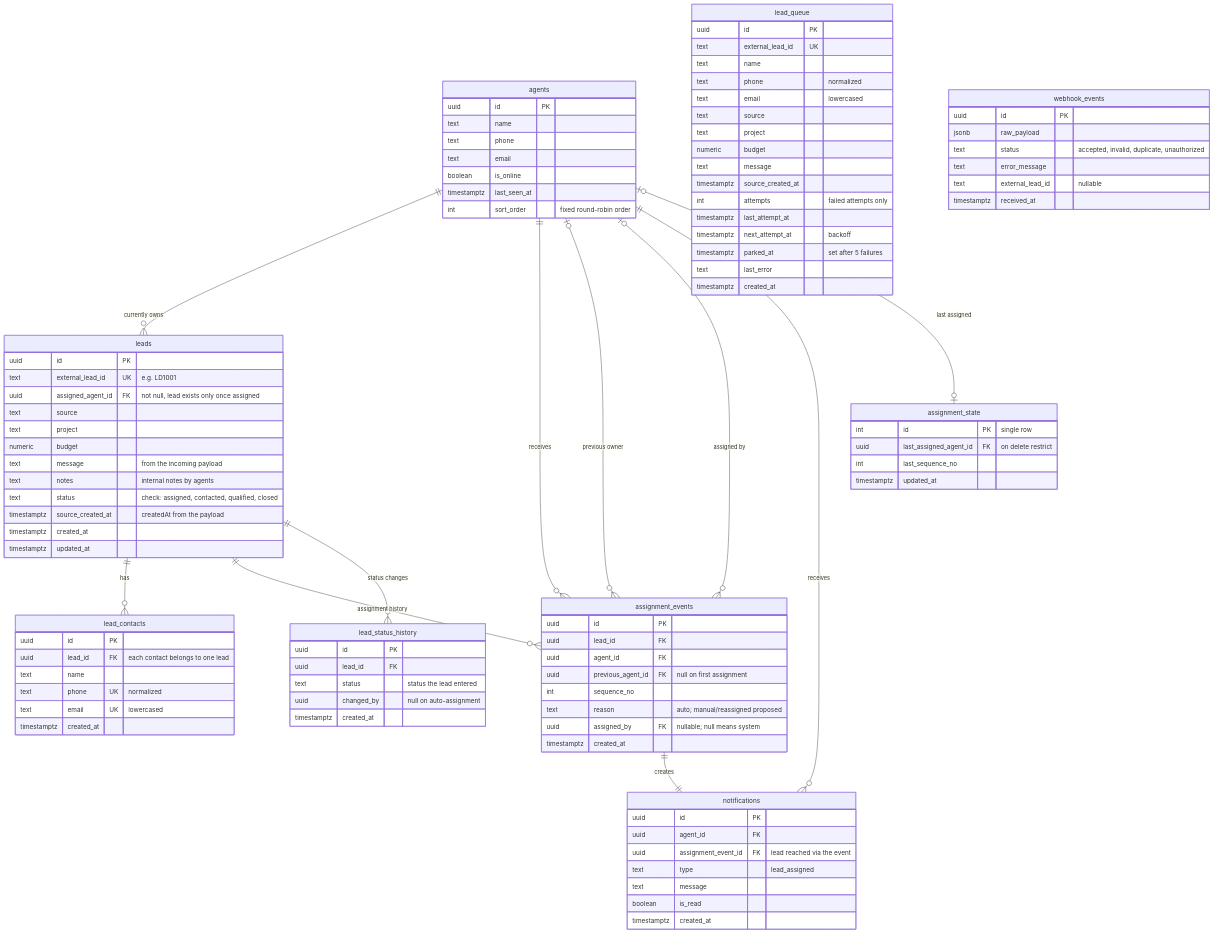
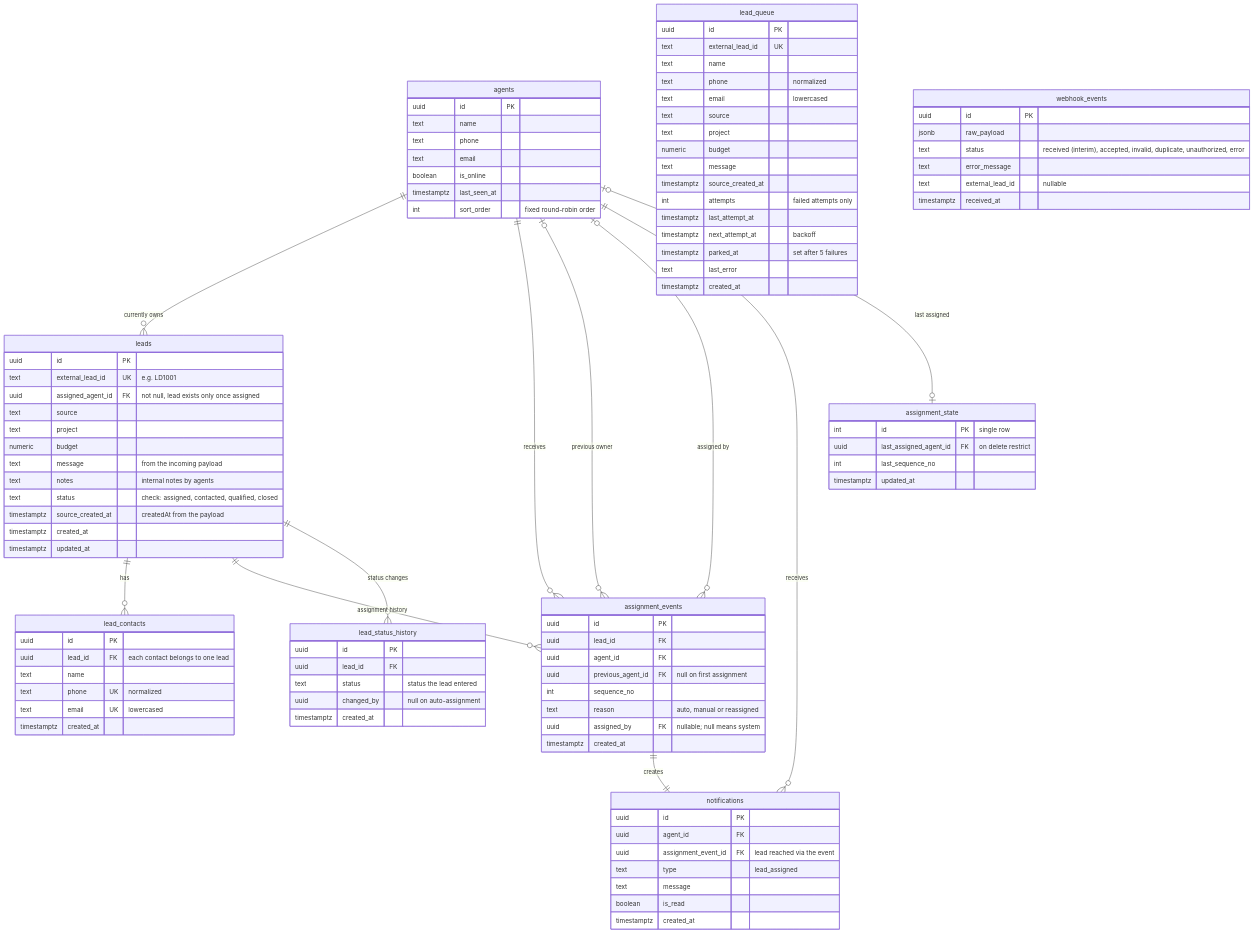
The diagram in docs/erd.mermaid (Luckden/agent_lead_platform), drawn with Mermaid before and after one commit. The commit also changed 13 other files, not shown here.

```diff
--- a/docs/erd.mermaid
+++ b/docs/erd.mermaid
@@ -1,109 +1,109 @@
 erDiagram
     leads ||--o{ lead_contacts : "has"
     agents ||--o{ leads : "currently owns"
     leads ||--o{ assignment_events : "assignment history"
     agents ||--o{ assignment_events : "receives"
     agents o|--o{ assignment_events : "previous owner"
     agents o|--o{ assignment_events : "assigned by"
     leads ||--o{ lead_status_history : "status changes"
     assignment_events ||--|| notifications : "creates"
     agents ||--o{ notifications : "receives"
     agents |o--o| assignment_state : "last assigned"
 
     lead_contacts {
         uuid id PK
         uuid lead_id FK "each contact belongs to one lead"
         text name
         text phone UK "normalized"
         text email UK "lowercased"
         timestamptz created_at
     }
 
     lead_queue {
         uuid id PK
         text external_lead_id UK
         text name
         text phone "normalized"
         text email "lowercased"
         text source
         text project
         numeric budget
         text message
         timestamptz source_created_at
         int attempts "failed attempts only"
         timestamptz last_attempt_at
         timestamptz next_attempt_at "backoff"
         timestamptz parked_at "set after 5 failures"
         text last_error
         timestamptz created_at
     }
 
     leads {
         uuid id PK
         text external_lead_id UK "e.g. LD1001"
         uuid assigned_agent_id FK "not null, lead exists only once assigned"
         text source
         text project
         numeric budget
         text message "from the incoming payload"
         text notes "internal notes by agents"
         text status "check: assigned, contacted, qualified, closed"
         timestamptz source_created_at "createdAt from the payload"
         timestamptz created_at
         timestamptz updated_at
     }
 
     agents {
         uuid id PK
         text name
         text phone
         text email
         boolean is_online
         timestamptz last_seen_at
         int sort_order "fixed round-robin order"
     }
 
     assignment_events {
         uuid id PK
         uuid lead_id FK
         uuid agent_id FK
         uuid previous_agent_id FK "null on first assignment"
         int sequence_no
-        text reason "auto; manual/reassigned proposed"
+        text reason "auto, manual or reassigned"
         uuid assigned_by FK "nullable; null means system"
         timestamptz created_at
     }
 
     lead_status_history {
         uuid id PK
         uuid lead_id FK
         text status "status the lead entered"
         uuid changed_by "null on auto-assignment"
         timestamptz created_at
     }
 
     webhook_events {
         uuid id PK
         jsonb raw_payload
-        text status "accepted, invalid, duplicate, unauthorized"
+        text status "received (interim), accepted, invalid, duplicate, unauthorized, error"
         text error_message
         text external_lead_id "nullable"
         timestamptz received_at
     }
 
     notifications {
         uuid id PK
         uuid agent_id FK
         uuid assignment_event_id FK "lead reached via the event"
         text type "lead_assigned"
         text message
         boolean is_read
         timestamptz created_at
     }
 
     assignment_state {
         int id PK "single row"
         uuid last_assigned_agent_id FK "on delete restrict"
         int last_sequence_no
         timestamptz updated_at
     }
```
